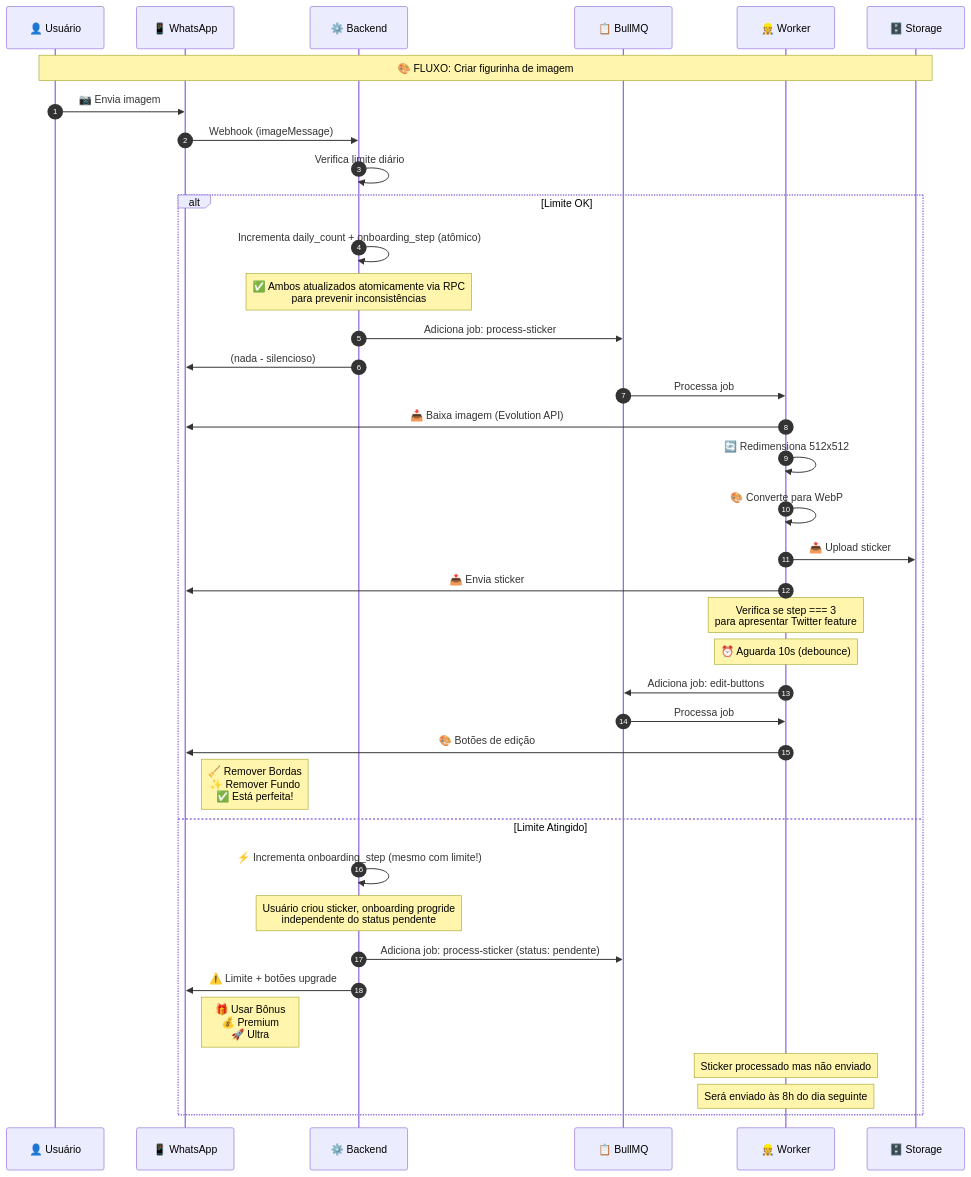
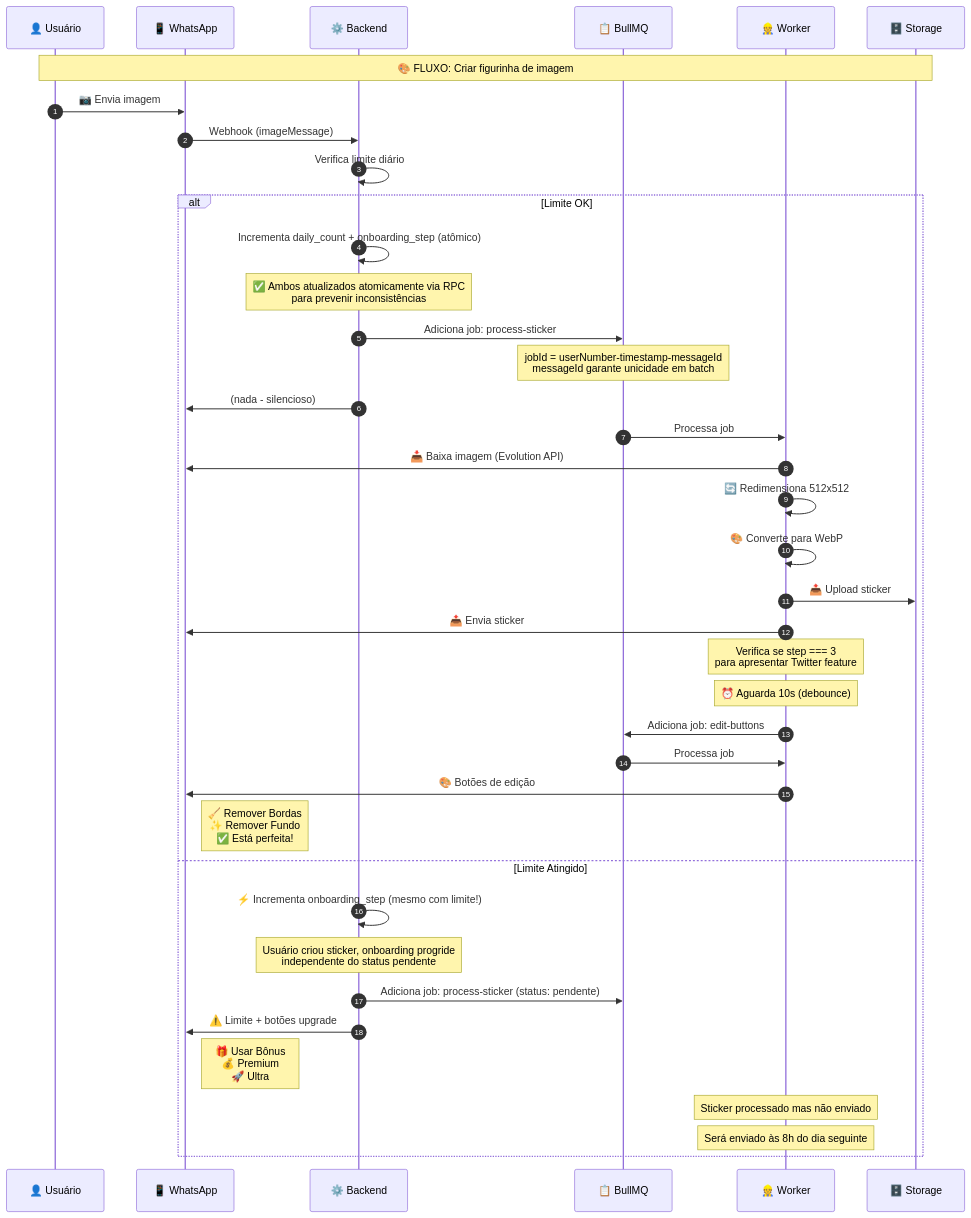
The third of 22 diagrams in docs/architecture/FLOWCHARTS.md (reisspaulo/sticker), drawn with Mermaid before and after one commit. The commit also changed 2 other files, not shown here.

Commit message:
fix(webhook): prevent jobId collision when multiple images arrive simultaneously
BullMQ was silently rejecting duplicate jobs when users sent multiple
images in the same millisecond (Date.now() returned same value).

Changes:
- Add body.data.key.id (unique WhatsApp message ID) to sticker jobId
- Add body.data.key.id to Twitter download jobId
- Update RPC tests to include set_twitter_feature_shown_atomic
- Document jobId format in FLOWCHARTS.md

Root cause: Arielle's case showed 11 images received but only 4 processed
(63% loss rate) due to jobId collision.

````diff
--- a/docs/architecture/FLOWCHARTS.md
+++ b/docs/architecture/FLOWCHARTS.md
@@ -171,50 +171,51 @@
 ```mermaid
 sequenceDiagram
     autonumber
     participant U as 👤 Usuário
     participant W as 📱 WhatsApp
     participant B as ⚙️ Backend
     participant Q as 📋 BullMQ
     participant WK as 👷 Worker
     participant S as 🗄️ Storage
 
     Note over U,S: 🎨 FLUXO: Criar figurinha de imagem
 
     U->>W: 📷 Envia imagem
     W->>B: Webhook (imageMessage)
 
     B->>B: Verifica limite diário
 
     alt Limite OK
         B->>B: Incrementa daily_count + onboarding_step (atômico)
         Note over B: ✅ Ambos atualizados atomicamente via RPC<br/>para prevenir inconsistências
         B->>Q: Adiciona job: process-sticker
+        Note over Q: jobId = userNumber-timestamp-messageId<br/>messageId garante unicidade em batch
         B->>W: (nada - silencioso)
 
         Q->>WK: Processa job
         WK->>W: 📥 Baixa imagem (Evolution API)
         WK->>WK: 🔄 Redimensiona 512x512
         WK->>WK: 🎨 Converte para WebP
         WK->>S: 📤 Upload sticker
         WK->>W: 📤 Envia sticker
 
         Note over WK: Verifica se step === 3<br/>para apresentar Twitter feature
 
         Note over WK: ⏰ Aguarda 10s (debounce)
 
         WK->>Q: Adiciona job: edit-buttons
         Q->>WK: Processa job
         WK->>W: 🎨 Botões de edição
         Note right of W: 🧹 Remover Bordas<br/>✨ Remover Fundo<br/>✅ Está perfeita!
 
     else Limite Atingido
         B->>B: ⚡ Incrementa onboarding_step (mesmo com limite!)
         Note over B: Usuário criou sticker, onboarding progride<br/>independente do status pendente
         B->>Q: Adiciona job: process-sticker (status: pendente)
         B->>W: ⚠️ Limite + botões upgrade
         Note right of W: 🎁 Usar Bônus<br/>💰 Premium<br/>🚀 Ultra
 
         Note over WK: Sticker processado mas não enviado
         Note over WK: Será enviado às 8h do dia seguinte
     end
 ```
````
